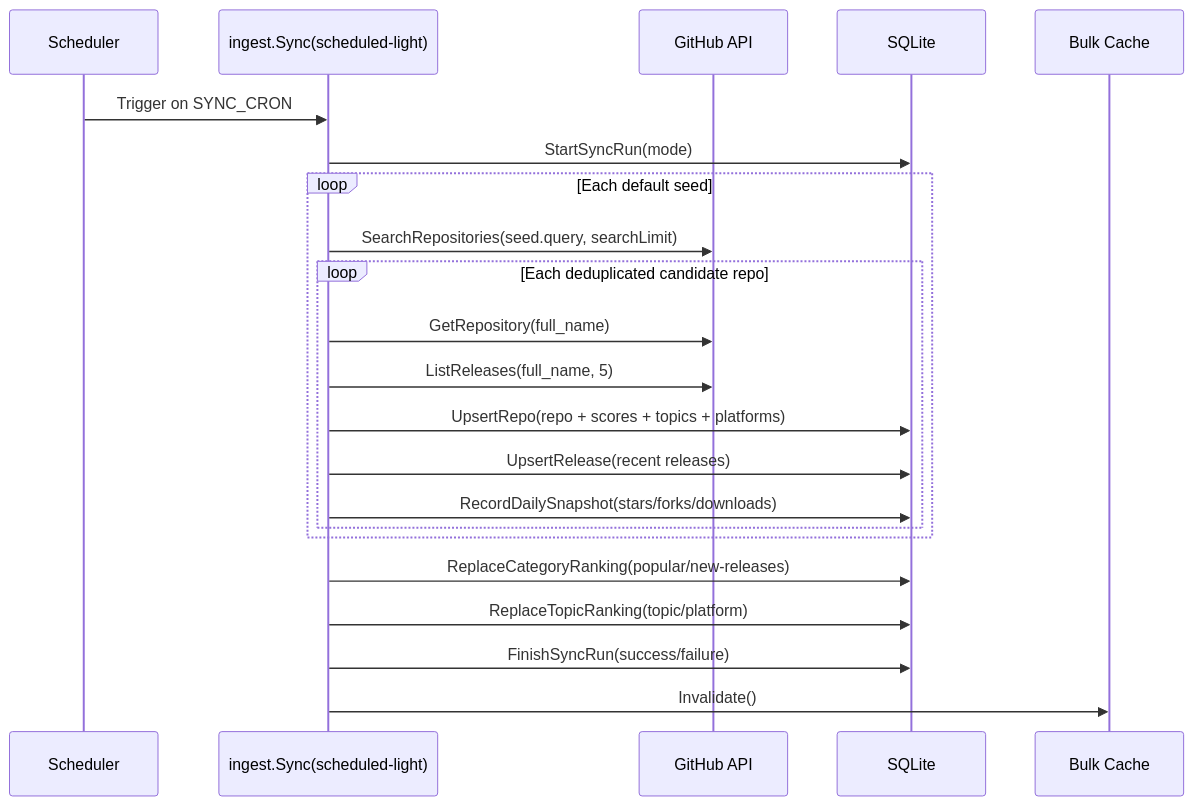
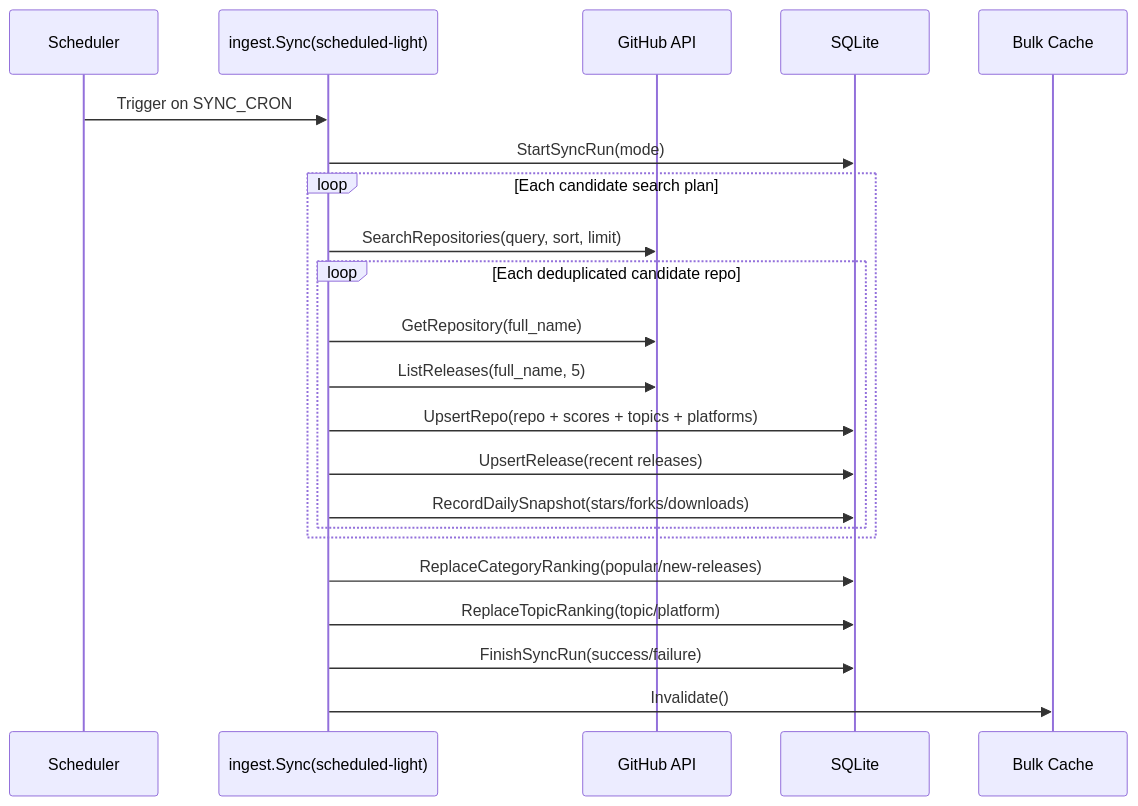
One commit to starcat-app/starcat-discovery-api changed the first of 2 diagrams in README.md. Above: the diagram before and after it, drawn with Mermaid. The commit also changed other lines of this file and 7 other files, not shown here.

````diff
--- a/README.md
+++ b/README.md
@@ -118,25 +119,25 @@
 ```mermaid
 sequenceDiagram
     participant Scheduler as Scheduler
     participant Ingest as ingest.Sync(scheduled-light)
     participant GitHub as GitHub API
     participant SQLite as SQLite
     participant BulkCache as Bulk Cache
 
     Scheduler->>Ingest: Trigger on SYNC_CRON
     Ingest->>SQLite: StartSyncRun(mode)
-    loop Each default seed
-        Ingest->>GitHub: SearchRepositories(seed.query, searchLimit)
+    loop Each candidate search plan
+        Ingest->>GitHub: SearchRepositories(query, sort, limit)
         loop Each deduplicated candidate repo
             Ingest->>GitHub: GetRepository(full_name)
             Ingest->>GitHub: ListReleases(full_name, 5)
             Ingest->>SQLite: UpsertRepo(repo + scores + topics + platforms)
             Ingest->>SQLite: UpsertRelease(recent releases)
             Ingest->>SQLite: RecordDailySnapshot(stars/forks/downloads)
         end
     end
     Ingest->>SQLite: ReplaceCategoryRanking(popular/new-releases)
     Ingest->>SQLite: ReplaceTopicRanking(topic/platform)
     Ingest->>SQLite: FinishSyncRun(success/failure)
     Ingest->>BulkCache: Invalidate()
 ```
````
